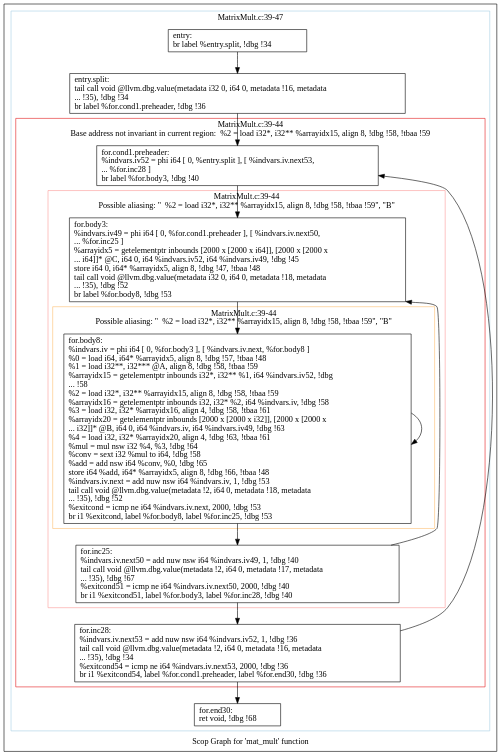
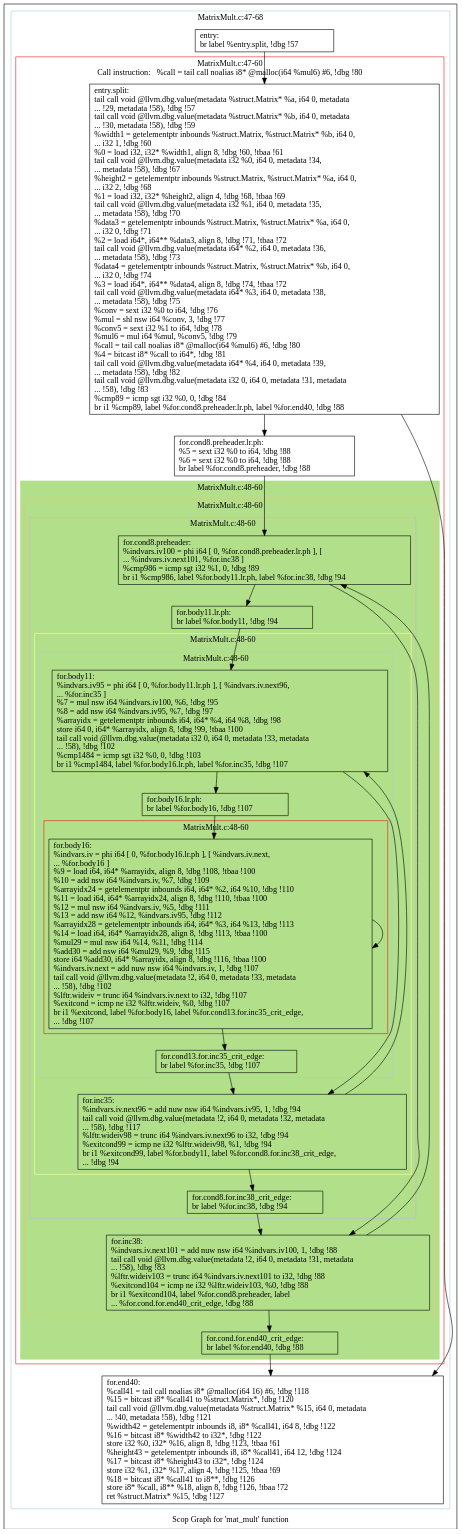
Before and after one commit to samminweng/WhileyOpenCL: the diagram in polly/MatrixMult/impl/handwritten1/dot/scops.mat_mult.dot, drawn with Graphviz. The commit also changed 38 other files, not shown here.

First line of the commit message:
Run Polly to optimize handwritten1 MatrixMult

```diff
--- a/polly/MatrixMult/impl/handwritten1/dot/scops.mat_mult.dot
+++ b/polly/MatrixMult/impl/handwritten1/dot/scops.mat_mult.dot
@@ -1,55 +1,99 @@
 digraph "Scop Graph for 'mat_mult' function" {
 	label="Scop Graph for 'mat_mult' function";
 
-	Node0xa163e50 [shape=record,label="{entry:\l  br label %entry.split, !dbg !34\l}"];
-	Node0xa163e50 -> Node0xa1634b0;
-	Node0xa1634b0 [shape=record,label="{entry.split:                                      \l  tail call void @llvm.dbg.value(metadata i32 0, i64 0, metadata !16, metadata\l... !35), !dbg !34\l  br label %for.cond1.preheader, !dbg !36\l}"];
-	Node0xa1634b0 -> Node0x9fe19b0;
-	Node0x9fe19b0 [shape=record,label="{for.cond1.preheader:                              \l  %indvars.iv52 = phi i64 [ 0, %entry.split ], [ %indvars.iv.next53,\l... %for.inc28 ]\l  br label %for.body3, !dbg !40\l}"];
-	Node0x9fe19b0 -> Node0xa158560;
-	Node0xa158560 [shape=record,label="{for.body3:                                        \l  %indvars.iv49 = phi i64 [ 0, %for.cond1.preheader ], [ %indvars.iv.next50,\l... %for.inc25 ]\l  %arrayidx5 = getelementptr inbounds [2000 x [2000 x i64]], [2000 x [2000 x\l... i64]]* @C, i64 0, i64 %indvars.iv52, i64 %indvars.iv49, !dbg !45\l  store i64 0, i64* %arrayidx5, align 8, !dbg !47, !tbaa !48\l  tail call void @llvm.dbg.value(metadata i32 0, i64 0, metadata !18, metadata\l... !35), !dbg !52\l  br label %for.body8, !dbg !53\l}"];
-	Node0xa158560 -> Node0xa162790;
-	Node0xa162790 [shape=record,label="{for.body8:                                        \l  %indvars.iv = phi i64 [ 0, %for.body3 ], [ %indvars.iv.next, %for.body8 ]\l  %0 = load i64, i64* %arrayidx5, align 8, !dbg !57, !tbaa !48\l  %1 = load i32**, i32*** @A, align 8, !dbg !58, !tbaa !59\l  %arrayidx15 = getelementptr inbounds i32*, i32** %1, i64 %indvars.iv52, !dbg\l... !58\l  %2 = load i32*, i32** %arrayidx15, align 8, !dbg !58, !tbaa !59\l  %arrayidx16 = getelementptr inbounds i32, i32* %2, i64 %indvars.iv, !dbg !58\l  %3 = load i32, i32* %arrayidx16, align 4, !dbg !58, !tbaa !61\l  %arrayidx20 = getelementptr inbounds [2000 x [2000 x i32]], [2000 x [2000 x\l... i32]]* @B, i64 0, i64 %indvars.iv, i64 %indvars.iv49, !dbg !63\l  %4 = load i32, i32* %arrayidx20, align 4, !dbg !63, !tbaa !61\l  %mul = mul nsw i32 %4, %3, !dbg !64\l  %conv = sext i32 %mul to i64, !dbg !58\l  %add = add nsw i64 %conv, %0, !dbg !65\l  store i64 %add, i64* %arrayidx5, align 8, !dbg !66, !tbaa !48\l  %indvars.iv.next = add nuw nsw i64 %indvars.iv, 1, !dbg !53\l  tail call void @llvm.dbg.value(metadata !2, i64 0, metadata !18, metadata\l... !35), !dbg !52\l  %exitcond = icmp ne i64 %indvars.iv.next, 2000, !dbg !53\l  br i1 %exitcond, label %for.body8, label %for.inc25, !dbg !53\l}"];
-	Node0xa162790 -> Node0xa162790[constraint=false];
-	Node0xa162790 -> Node0xa163df0;
-	Node0xa163df0 [shape=record,label="{for.inc25:                                        \l  %indvars.iv.next50 = add nuw nsw i64 %indvars.iv49, 1, !dbg !40\l  tail call void @llvm.dbg.value(metadata !2, i64 0, metadata !17, metadata\l... !35), !dbg !67\l  %exitcond51 = icmp ne i64 %indvars.iv.next50, 2000, !dbg !40\l  br i1 %exitcond51, label %for.body3, label %for.inc28, !dbg !40\l}"];
-	Node0xa163df0 -> Node0xa158560[constraint=false];
-	Node0xa163df0 -> Node0xa154420;
-	Node0xa154420 [shape=record,label="{for.inc28:                                        \l  %indvars.iv.next53 = add nuw nsw i64 %indvars.iv52, 1, !dbg !36\l  tail call void @llvm.dbg.value(metadata !2, i64 0, metadata !16, metadata\l... !35), !dbg !34\l  %exitcond54 = icmp ne i64 %indvars.iv.next53, 2000, !dbg !36\l  br i1 %exitcond54, label %for.cond1.preheader, label %for.end30, !dbg !36\l}"];
-	Node0xa154420 -> Node0x9fe19b0[constraint=false];
-	Node0xa154420 -> Node0xa169ea0;
-	Node0xa169ea0 [shape=record,label="{for.end30:                                        \l  ret void, !dbg !68\l}"];
+	Node0x9bc54c0 [shape=record,label="{entry:\l  br label %entry.split, !dbg !57\l}"];
+	Node0x9bc54c0 -> Node0x9badba0;
+	Node0x9badba0 [shape=record,label="{entry.split:                                      \l  tail call void @llvm.dbg.value(metadata %struct.Matrix* %a, i64 0, metadata\l... !29, metadata !58), !dbg !57\l  tail call void @llvm.dbg.value(metadata %struct.Matrix* %b, i64 0, metadata\l... !30, metadata !58), !dbg !59\l  %width1 = getelementptr inbounds %struct.Matrix, %struct.Matrix* %b, i64 0,\l... i32 1, !dbg !60\l  %0 = load i32, i32* %width1, align 8, !dbg !60, !tbaa !61\l  tail call void @llvm.dbg.value(metadata i32 %0, i64 0, metadata !34,\l... metadata !58), !dbg !67\l  %height2 = getelementptr inbounds %struct.Matrix, %struct.Matrix* %a, i64 0,\l... i32 2, !dbg !68\l  %1 = load i32, i32* %height2, align 4, !dbg !68, !tbaa !69\l  tail call void @llvm.dbg.value(metadata i32 %1, i64 0, metadata !35,\l... metadata !58), !dbg !70\l  %data3 = getelementptr inbounds %struct.Matrix, %struct.Matrix* %a, i64 0,\l... i32 0, !dbg !71\l  %2 = load i64*, i64** %data3, align 8, !dbg !71, !tbaa !72\l  tail call void @llvm.dbg.value(metadata i64* %2, i64 0, metadata !36,\l... metadata !58), !dbg !73\l  %data4 = getelementptr inbounds %struct.Matrix, %struct.Matrix* %b, i64 0,\l... i32 0, !dbg !74\l  %3 = load i64*, i64** %data4, align 8, !dbg !74, !tbaa !72\l  tail call void @llvm.dbg.value(metadata i64* %3, i64 0, metadata !38,\l... metadata !58), !dbg !75\l  %conv = sext i32 %0 to i64, !dbg !76\l  %mul = shl nsw i64 %conv, 3, !dbg !77\l  %conv5 = sext i32 %1 to i64, !dbg !78\l  %mul6 = mul i64 %mul, %conv5, !dbg !79\l  %call = tail call noalias i8* @malloc(i64 %mul6) #6, !dbg !80\l  %4 = bitcast i8* %call to i64*, !dbg !81\l  tail call void @llvm.dbg.value(metadata i64* %4, i64 0, metadata !39,\l... metadata !58), !dbg !82\l  tail call void @llvm.dbg.value(metadata i32 0, i64 0, metadata !31, metadata\l... !58), !dbg !83\l  %cmp89 = icmp sgt i32 %0, 0, !dbg !84\l  br i1 %cmp89, label %for.cond8.preheader.lr.ph, label %for.end40, !dbg !88\l}"];
+	Node0x9badba0 -> Node0x9bbb570;
+	Node0x9badba0 -> Node0x9bb9d00;
+	Node0x9bbb570 [shape=record,label="{for.cond8.preheader.lr.ph:                        \l  %5 = sext i32 %0 to i64, !dbg !88\l  %6 = sext i32 %0 to i64, !dbg !88\l  br label %for.cond8.preheader, !dbg !88\l}"];
+	Node0x9bbb570 -> Node0x9bac9e0;
+	Node0x9bac9e0 [shape=record,label="{for.cond8.preheader:                              \l  %indvars.iv100 = phi i64 [ 0, %for.cond8.preheader.lr.ph ], [\l... %indvars.iv.next101, %for.inc38 ]\l  %cmp986 = icmp sgt i32 %1, 0, !dbg !89\l  br i1 %cmp986, label %for.body11.lr.ph, label %for.inc38, !dbg !94\l}"];
+	Node0x9bac9e0 -> Node0x9bb4020;
+	Node0x9bac9e0 -> Node0x9c404a0;
+	Node0x9bb4020 [shape=record,label="{for.body11.lr.ph:                                 \l  br label %for.body11, !dbg !94\l}"];
+	Node0x9bb4020 -> Node0x9c40e20;
+	Node0x9c40e20 [shape=record,label="{for.body11:                                       \l  %indvars.iv95 = phi i64 [ 0, %for.body11.lr.ph ], [ %indvars.iv.next96,\l... %for.inc35 ]\l  %7 = mul nsw i64 %indvars.iv100, %6, !dbg !95\l  %8 = add nsw i64 %indvars.iv95, %7, !dbg !97\l  %arrayidx = getelementptr inbounds i64, i64* %4, i64 %8, !dbg !98\l  store i64 0, i64* %arrayidx, align 8, !dbg !99, !tbaa !100\l  tail call void @llvm.dbg.value(metadata i32 0, i64 0, metadata !33, metadata\l... !58), !dbg !102\l  %cmp1484 = icmp sgt i32 %0, 0, !dbg !103\l  br i1 %cmp1484, label %for.body16.lr.ph, label %for.inc35, !dbg !107\l}"];
+	Node0x9c40e20 -> Node0x9bbb330;
+	Node0x9c40e20 -> Node0x9c2c310;
+	Node0x9bbb330 [shape=record,label="{for.body16.lr.ph:                                 \l  br label %for.body16, !dbg !107\l}"];
+	Node0x9bbb330 -> Node0x9aabf30;
+	Node0x9aabf30 [shape=record,label="{for.body16:                                       \l  %indvars.iv = phi i64 [ 0, %for.body16.lr.ph ], [ %indvars.iv.next,\l... %for.body16 ]\l  %9 = load i64, i64* %arrayidx, align 8, !dbg !108, !tbaa !100\l  %10 = add nsw i64 %indvars.iv, %7, !dbg !109\l  %arrayidx24 = getelementptr inbounds i64, i64* %2, i64 %10, !dbg !110\l  %11 = load i64, i64* %arrayidx24, align 8, !dbg !110, !tbaa !100\l  %12 = mul nsw i64 %indvars.iv, %5, !dbg !111\l  %13 = add nsw i64 %12, %indvars.iv95, !dbg !112\l  %arrayidx28 = getelementptr inbounds i64, i64* %3, i64 %13, !dbg !113\l  %14 = load i64, i64* %arrayidx28, align 8, !dbg !113, !tbaa !100\l  %mul29 = mul nsw i64 %14, %11, !dbg !114\l  %add30 = add nsw i64 %mul29, %9, !dbg !115\l  store i64 %add30, i64* %arrayidx, align 8, !dbg !116, !tbaa !100\l  %indvars.iv.next = add nuw nsw i64 %indvars.iv, 1, !dbg !107\l  tail call void @llvm.dbg.value(metadata !2, i64 0, metadata !33, metadata\l... !58), !dbg !102\l  %lftr.wideiv = trunc i64 %indvars.iv.next to i32, !dbg !107\l  %exitcond = icmp ne i32 %lftr.wideiv, %0, !dbg !107\l  br i1 %exitcond, label %for.body16, label %for.cond13.for.inc35_crit_edge,\l... !dbg !107\l}"];
+	Node0x9aabf30 -> Node0x9aabf30[constraint=false];
+	Node0x9aabf30 -> Node0x9ca13d0;
+	Node0x9ca13d0 [shape=record,label="{for.cond13.for.inc35_crit_edge:                   \l  br label %for.inc35, !dbg !107\l}"];
+	Node0x9ca13d0 -> Node0x9c2c310;
+	Node0x9c2c310 [shape=record,label="{for.inc35:                                        \l  %indvars.iv.next96 = add nuw nsw i64 %indvars.iv95, 1, !dbg !94\l  tail call void @llvm.dbg.value(metadata !2, i64 0, metadata !32, metadata\l... !58), !dbg !117\l  %lftr.wideiv98 = trunc i64 %indvars.iv.next96 to i32, !dbg !94\l  %exitcond99 = icmp ne i32 %lftr.wideiv98, %1, !dbg !94\l  br i1 %exitcond99, label %for.body11, label %for.cond8.for.inc38_crit_edge,\l... !dbg !94\l}"];
+	Node0x9c2c310 -> Node0x9c40e20[constraint=false];
+	Node0x9c2c310 -> Node0x9bafcd0;
+	Node0x9bafcd0 [shape=record,label="{for.cond8.for.inc38_crit_edge:                    \l  br label %for.inc38, !dbg !94\l}"];
+	Node0x9bafcd0 -> Node0x9c404a0;
+	Node0x9c404a0 [shape=record,label="{for.inc38:                                        \l  %indvars.iv.next101 = add nuw nsw i64 %indvars.iv100, 1, !dbg !88\l  tail call void @llvm.dbg.value(metadata !2, i64 0, metadata !31, metadata\l... !58), !dbg !83\l  %lftr.wideiv103 = trunc i64 %indvars.iv.next101 to i32, !dbg !88\l  %exitcond104 = icmp ne i32 %lftr.wideiv103, %0, !dbg !88\l  br i1 %exitcond104, label %for.cond8.preheader, label\l... %for.cond.for.end40_crit_edge, !dbg !88\l}"];
+	Node0x9c404a0 -> Node0x9bac9e0[constraint=false];
+	Node0x9c404a0 -> Node0x9c9ab20;
+	Node0x9c9ab20 [shape=record,label="{for.cond.for.end40_crit_edge:                     \l  br label %for.end40, !dbg !88\l}"];
+	Node0x9c9ab20 -> Node0x9bb9d00;
+	Node0x9bb9d00 [shape=record,label="{for.end40:                                        \l  %call41 = tail call noalias i8* @malloc(i64 16) #6, !dbg !118\l  %15 = bitcast i8* %call41 to %struct.Matrix*, !dbg !120\l  tail call void @llvm.dbg.value(metadata %struct.Matrix* %15, i64 0, metadata\l... !40, metadata !58), !dbg !121\l  %width42 = getelementptr inbounds i8, i8* %call41, i64 8, !dbg !122\l  %16 = bitcast i8* %width42 to i32*, !dbg !122\l  store i32 %0, i32* %16, align 8, !dbg !123, !tbaa !61\l  %height43 = getelementptr inbounds i8, i8* %call41, i64 12, !dbg !124\l  %17 = bitcast i8* %height43 to i32*, !dbg !124\l  store i32 %1, i32* %17, align 4, !dbg !125, !tbaa !69\l  %18 = bitcast i8* %call41 to i8**, !dbg !126\l  store i8* %call, i8** %18, align 8, !dbg !126, !tbaa !72\l  ret %struct.Matrix* %15, !dbg !127\l}"];
 	colorscheme = "paired12"
-        subgraph cluster_0xa169870 {
-          label = "MatrixMult.c:39-47
+        subgraph cluster_0x9c9c4c0 {
+          label = "MatrixMult.c:47-68
 ";
           style = solid;
           color = 1
-          subgraph cluster_0xa163430 {
-            label = "MatrixMult.c:39-44
-Base address not invariant in current region:  %2 = load i32*, i32** %arrayidx15, align 8, !dbg !58, !tbaa !59";
+          subgraph cluster_0x9bb9bb0 {
+            label = "MatrixMult.c:47-60
+Call instruction:   %call = tail call noalias i8* @malloc(i64 %mul6) #6, !dbg !80";
             style = solid;
             color = 6
-            subgraph cluster_0xa15f3d0 {
-              label = "MatrixMult.c:39-44
-Possible aliasing: \"  %2 = load i32*, i32** %arrayidx15, align 8, !dbg !58, !tbaa !59\", \"B\"";
-              style = solid;
-              color = 5
-              subgraph cluster_0xa163670 {
-                label = "MatrixMult.c:39-44
-Possible aliasing: \"  %2 = load i32*, i32** %arrayidx15, align 8, !dbg !58, !tbaa !59\", \"B\"";
+            subgraph cluster_0x9bc9570 {
+              label = "MatrixMult.c:48-60
+";
+              style = filled;
+              color = 3              subgraph cluster_0x9bbccd0 {
+                label = "MatrixMult.c:48-60
+";
                 style = solid;
                 color = 7
-                Node0xa162790;
+                subgraph cluster_0x9bbe390 {
+                  label = "MatrixMult.c:48-60
+";
+                  style = solid;
+                  color = 9
+                  subgraph cluster_0x9bad920 {
+                    label = "MatrixMult.c:48-60
+";
+                    style = solid;
+                    color = 11
+                    subgraph cluster_0x9c4b400 {
+                      label = "MatrixMult.c:48-60
+";
+                      style = solid;
+                      color = 1
+                      subgraph cluster_0x9ca1350 {
+                        label = "MatrixMult.c:48-60
+";
+                        style = solid;
+                        color = 6
+                        Node0x9aabf30;
+                      }
+                      Node0x9c40e20;
+                      Node0x9bbb330;
+                      Node0x9ca13d0;
+                    }
+                    Node0x9c2c310;
+                  }
+                  Node0x9bac9e0;
+                  Node0x9bb4020;
+                  Node0x9bafcd0;
+                }
+                Node0x9c404a0;
               }
-              Node0xa158560;
-              Node0xa163df0;
+              Node0x9c9ab20;
             }
-            Node0x9fe19b0;
-            Node0xa154420;
+            Node0x9badba0;
+            Node0x9bbb570;
           }
-          Node0xa163e50;
-          Node0xa1634b0;
-          Node0xa169ea0;
+          Node0x9bc54c0;
+          Node0x9bb9d00;
         }
 }
```
